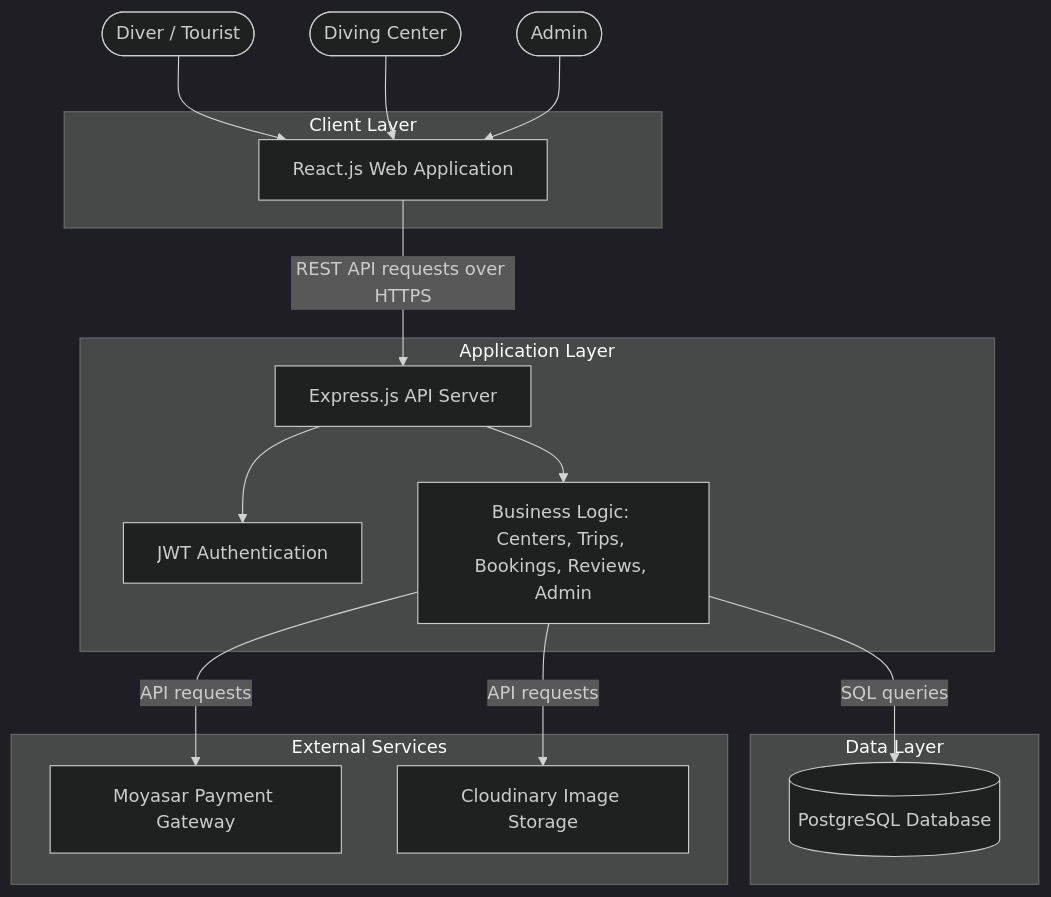
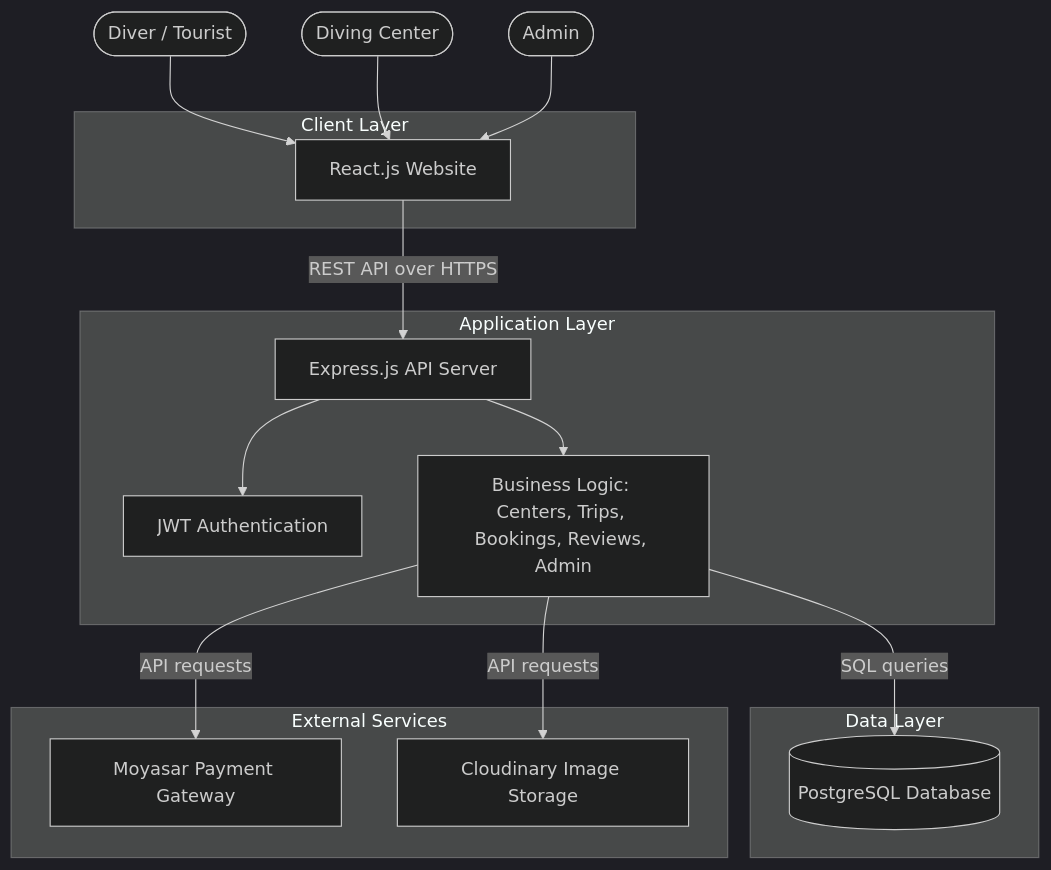
The first of 6 diagrams in stage 3/README.md (laradreamer79/Portfolio-Project), drawn with Mermaid (dark theme) before and after one commit.

Commit message:
Fix arrow label syntax for proper rendering, change Web Application to Website

````diff
--- a/stage 3/README.md
+++ b/stage 3/README.md
@@ -80,38 +80,38 @@
 ```mermaid
 flowchart TB
     Diver([Diver / Tourist])
     Center([Diving Center])
     Admin([Admin])
 
     Diver --> WebApp
     Center --> WebApp
     Admin --> WebApp
 
     subgraph Client["Client Layer"]
-        WebApp[React.js Web Application]
+        WebApp["React.js Website"]
     end
 
-    WebApp -->|REST API requests over HTTPS| API
+    WebApp -- "REST API over HTTPS" --> API
 
     subgraph Server["Application Layer"]
-        API[Express.js API Server]
-        Auth[JWT Authentication]
+        API["Express.js API Server"]
+        Auth["JWT Authentication"]
         BL["Business Logic: Centers, Trips, Bookings, Reviews, Admin"]
 
         API --> Auth
         API --> BL
     end
 
-    BL -->|SQL queries| DB
-    BL -->|API requests| Payment
-    BL -->|API requests| Media
+    BL -- "SQL queries" --> DB
+    BL -- "API requests" --> Payment
+    BL -- "API requests" --> Media
 
     subgraph Persistence["Data Layer"]
-        DB[(PostgreSQL Database)]
+        DB[("PostgreSQL Database")]
     end
 
     subgraph Integrations["External Services"]
-        Payment[Moyasar Payment Gateway]
-        Media[Cloudinary Image Storage]
+        Payment["Moyasar Payment Gateway"]
+        Media["Cloudinary Image Storage"]
     end
 ```
````
